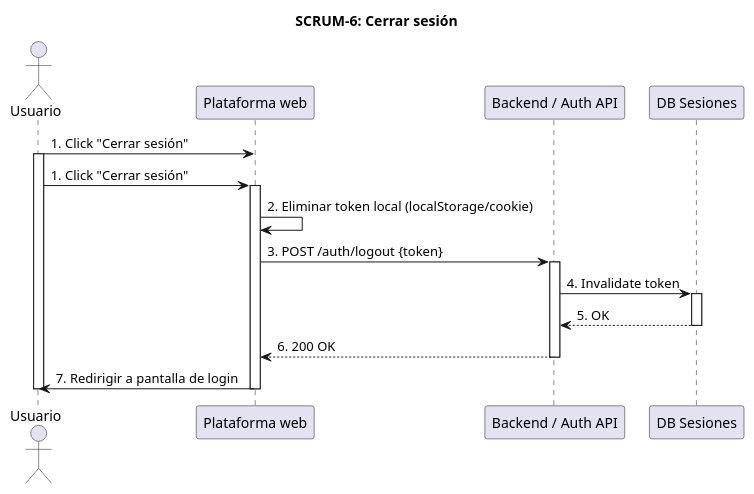
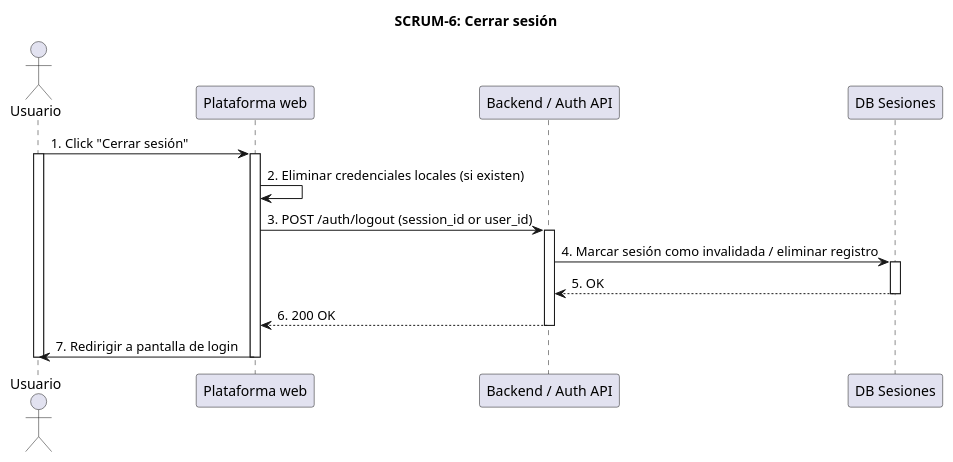
The diagram in diagrams/sequence/SCRUM-6_cerrar_sesion.puml (IraPues890/SW2_SISTEMA_DE_ALMACENAMIENTO), drawn with PlantUML before and after one commit. The commit also changed 8 other files, not shown here.

First line of the commit message:
diagramas de secuencia y cambio en bd y clases.

```diff
--- a/diagrams/sequence/SCRUM-6_cerrar_sesion.puml
+++ b/diagrams/sequence/SCRUM-6_cerrar_sesion.puml
@@ -1,25 +1,24 @@
 @startuml SCRUM-6_CerrarSesion
 title SCRUM-6: Cerrar sesión
 
 actor Usuario
 participant "Plataforma web" as Frontend
 participant "Backend / Auth API" as Backend
 participant "DB Sesiones" as DB
 
 Usuario -> Frontend: 1. Click "Cerrar sesión"
 activate Usuario
-Usuario -> Frontend: 1. Click "Cerrar sesión"
 activate Frontend
-Frontend -> Frontend: 2. Eliminar token local (localStorage/cookie)
-Frontend -> Backend: 3. POST /auth/logout {token}
+Frontend -> Frontend: 2. Eliminar credenciales locales (si existen)
+Frontend -> Backend: 3. POST /auth/logout (session_id or user_id)
 activate Backend
-Backend -> DB: 4. Invalidate token
+Backend -> DB: 4. Marcar sesión como invalidada / eliminar registro
 activate DB
 DB --> Backend: 5. OK
 deactivate DB
 Backend --> Frontend : 6. 200 OK
 deactivate Backend
 Frontend -> Usuario: 7. Redirigir a pantalla de login
 deactivate Frontend
 deactivate Usuario
 @enduml
```
